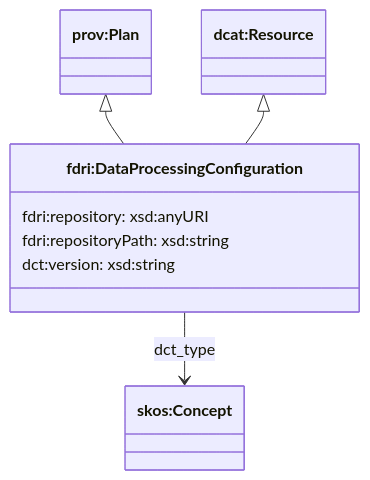
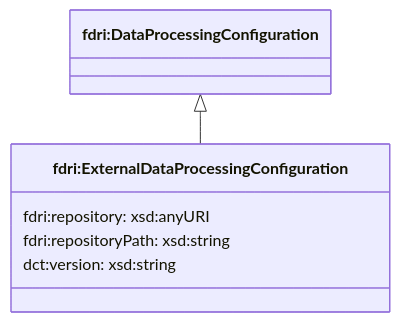
One commit to NERC-CEH/fdri-ontology changed the fourth of 4 diagrams in ontology/doc/data-processing-configurations.md. Above: the diagram before and after it, drawn with Mermaid. The commit also changed other lines of this file and 5 other files, not shown here.

Commit message:
Update the structure for recording data processing configurations

````diff
--- a/ontology/doc/data-processing-configurations.md
+++ b/ontology/doc/data-processing-configurations.md
@@ -58,14 +113,10 @@
 ```mermaid
 classDiagram
-  class Plan["prov:Plan"]
-  class Resource["dcat:Resource"]
-  class DPConfig["fdri:DataProcessingConfiguration"] {
+  class Plan["fdri:DataProcessingConfiguration"]
+  class DPConfig["fdri:ExternalDataProcessingConfiguration"] {
     fdri:repository: xsd:anyURI
     fdri:repositoryPath: xsd:string
     dct:version: xsd:string
   }
-  class Concept["skos:Concept"]
   Plan <|-- DPConfig
-  Resource <|-- DPConfig
-  DPConfig --> Concept: dct_type
 ```
````
